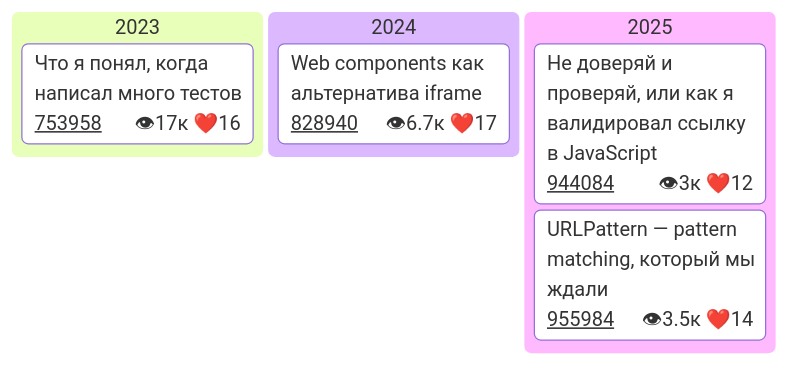
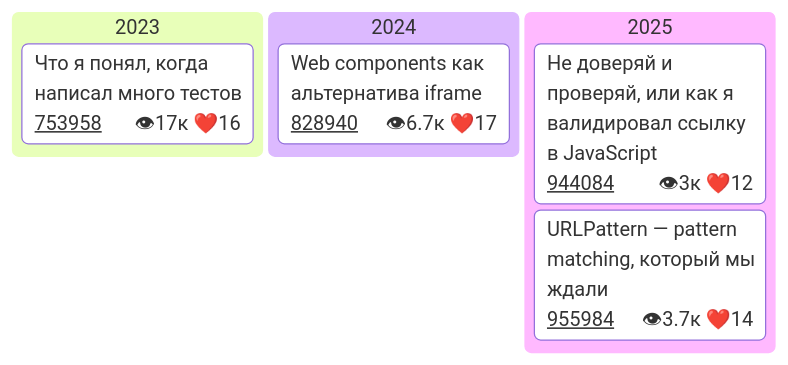
Before and after one commit to Goodzonchik/Goodzonchik: the fourth of 4 diagrams in README.md, drawn with Mermaid.

````diff
--- a/README.md
+++ b/README.md
@@ -51,28 +51,28 @@
 ```mermaid
 ---
 config:
   kanban:
     ticketBaseUrl: 'https://habr.com/ru/companies/tbank/articles/#TICKET#'
 
 ---
 kanban
   2023
     card1["Что я понял, когда написал много тестов"]@{
       ticket: 753958
       assigned: 👁17к ❤️16
     }
   2024
     card2["Web components как альтернатива iframe"]@{
       ticket: 828940
       assigned: 👁6.7к ❤️17
     }
   2025
     card3["Не доверяй и проверяй, или как я валидировал ссылку в JavaScript"]@{
       ticket: 944084
       assigned: 👁3к ❤️12
     }
    card4["URLPattern — pattern matching, который мы ждали"]@{
       ticket: 955984
-      assigned: 👁3.5к ❤️14
+      assigned: 👁3.7к ❤️14
     }
 ```
````
